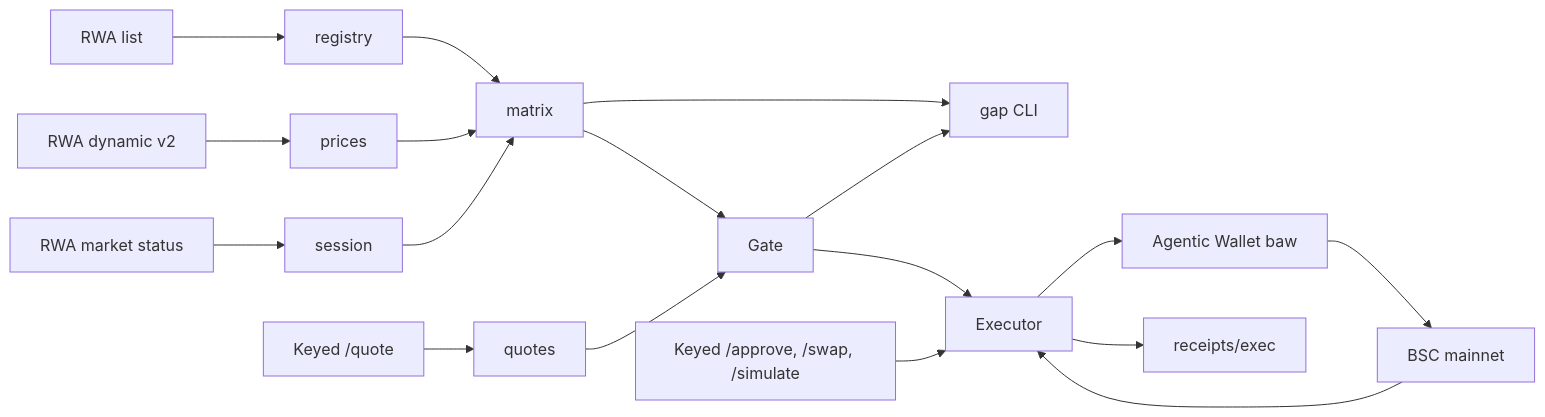
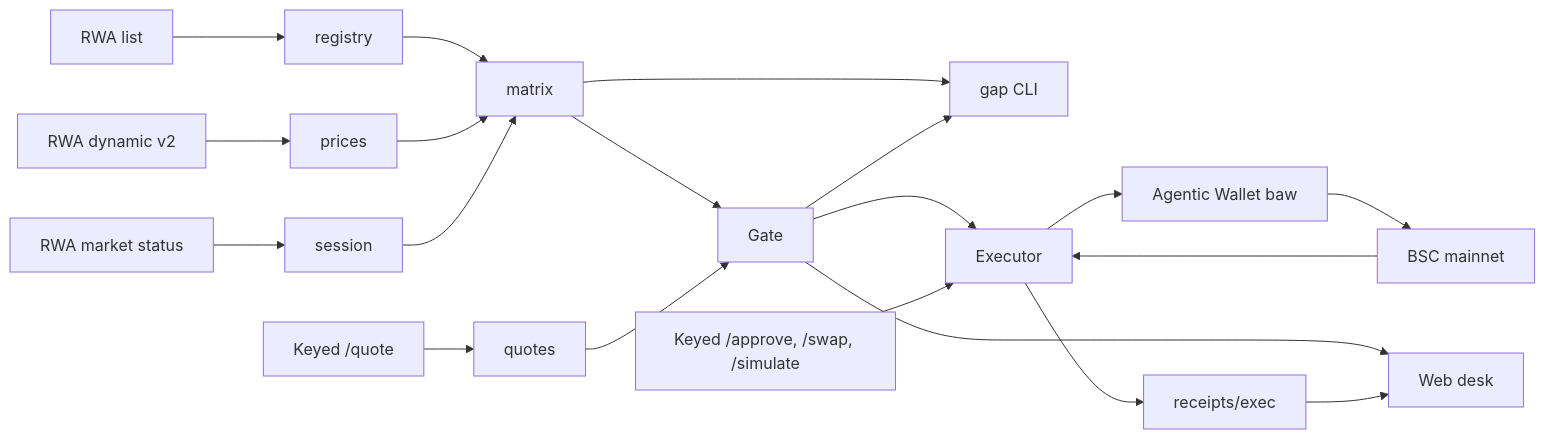
Before and after one commit to Assassin859/executable-gap-desk: the diagram in README.md, drawn with Mermaid. The commit also changed other lines of this file and 1 other file, not shown here.

First line of the commit message:
Document the live web desk, the full 512-ticker sweep and DX #29

````diff
--- a/README.md
+++ b/README.md
@@ -128,20 +149,22 @@
 ```mermaid
 flowchart LR
   listApi[RWA list] --> registry
   statusApi[RWA market status] --> session
   dynApi[RWA dynamic v2] --> prices
   registry --> matrix
   prices --> matrix
   session --> matrix
   matrix --> cli[gap CLI]
   quoteApi[Keyed /quote] --> quotes
   matrix --> gate[Gate]
   quotes --> gate
   gate --> cli
   gate --> exec[Executor]
   swapApi[Keyed /approve, /swap, /simulate] --> exec
   exec --> baw[Agentic Wallet baw]
   baw --> bsc[BSC mainnet]
   bsc --> exec
   exec --> receipts[receipts/exec]
+  gate --> web[Web desk]
+  receipts --> web
 ```
````
